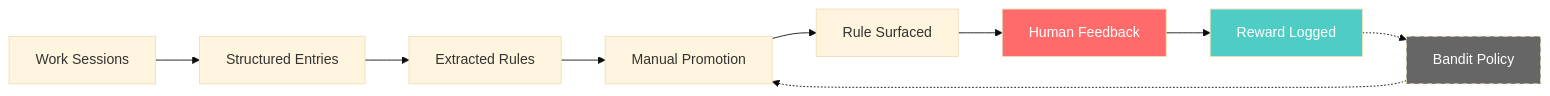
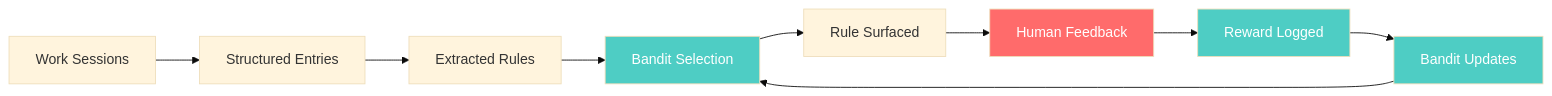
Before and after one commit to Peleke/buildlog-template: the diagram in README.md, drawn with Mermaid (base theme). The commit also changed other lines of this file and 10 other files, not shown here.

First line of the commit message:
feat(bandit): add Thompson Sampling bandit for rule selection

````diff
--- a/README.md
+++ b/README.md
@@ -131,15 +139,16 @@
 ```mermaid
 flowchart LR
     A["Work Sessions"] --> B["Structured Entries"]
     B --> C["Extracted Rules"]
-    C --> D["Manual Promotion"]
+    C --> D["Bandit Selection"]
     D --> E["Rule Surfaced"]
     E --> F["Human Feedback"]
     F --> G["Reward Logged"]
-    G -.-> H["Bandit Policy"]
-    H -.-> D
+    G --> H["Bandit Updates"]
+    H --> D
 
+    style D fill:#4ecdc4,color:#fff
     style F fill:#ff6b6b,color:#fff
     style G fill:#4ecdc4,color:#fff
-    style H fill:#666,color:#fff,stroke-dasharray: 5 5
+    style H fill:#4ecdc4,color:#fff
 ```
````
